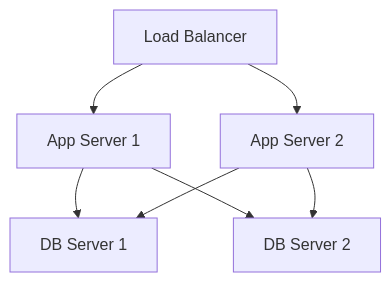
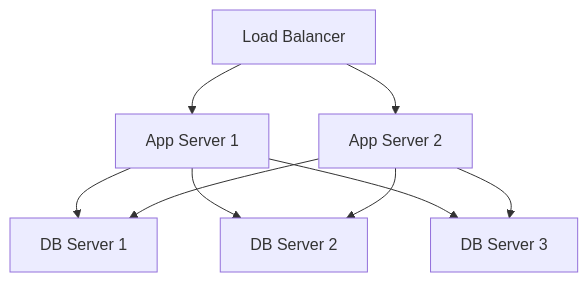
The diagram in Topology.md (rjsalicco/documentation), drawn with Mermaid before and after one commit. The commit also changed other lines of this file, not shown here.

Commit message:
Topology.md updated from https://stackedit.io/

````diff
--- a/Topology.md
+++ b/Topology.md
@@ -1,15 +1,18 @@
 ```mermaid
 graph TB
 LB[Load Balancer]
 App1[App Server 1]
 App2[App Server 2]
 DB1[DB Server 1]
 DB2[DB Server 2]
+DB3[DB Server 3]
 
 LB --> App1
 LB --> App2
 App1 --> DB1
 App1 --> DB2
+App1 --> DB3
 App2 --> DB1
 App2 --> DB2
+App2 --> DB3
 ```
````
